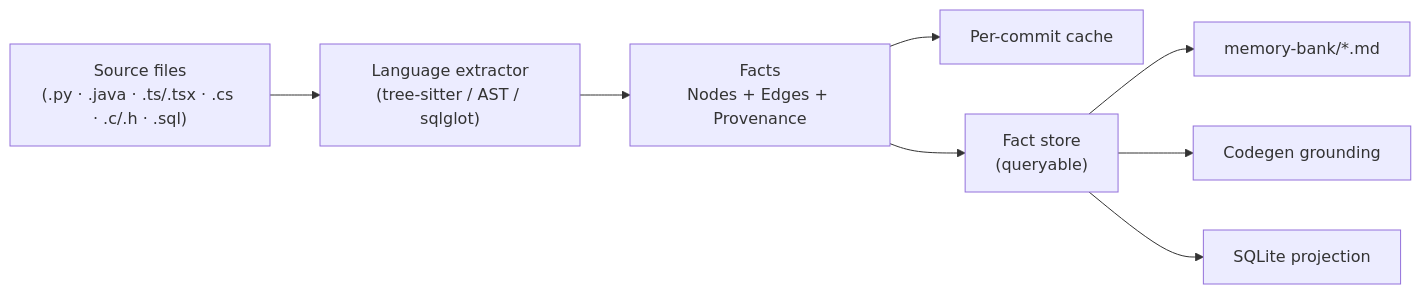
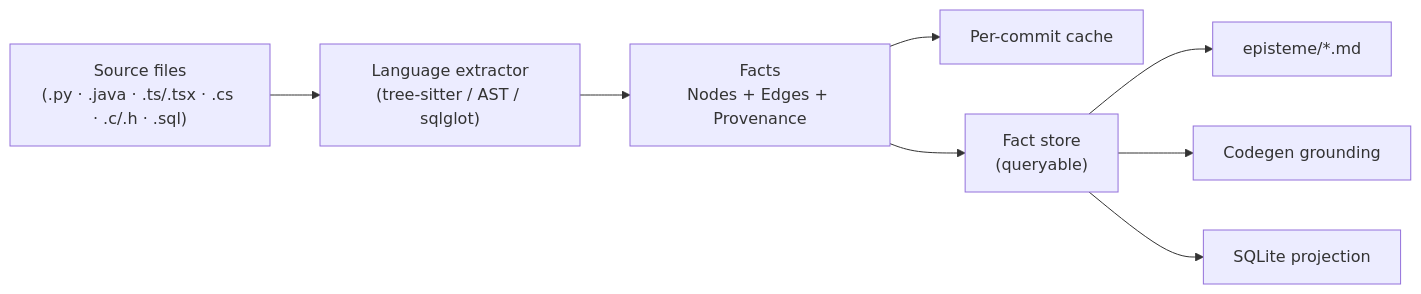
Before and after one commit to synaptixs/spine: the third of 5 diagrams in KNOWLEDGE_GRAPH.md, drawn with Mermaid. The commit also changed other lines of this file and 32 other files, not shown here.

````diff
--- a/KNOWLEDGE_GRAPH.md
+++ b/KNOWLEDGE_GRAPH.md
@@ -117,10 +117,10 @@
 ```mermaid
 flowchart LR
     src["Source files<br/>(.py · .java · .ts/.tsx · .cs · .c/.h · .sql)"] --> ext["Language extractor<br/>(tree-sitter / AST / sqlglot)"]
     ext --> facts["Facts<br/>Nodes + Edges + Provenance"]
     facts --> cache["Per-commit cache"]
     facts --> store["Fact store<br/>(queryable)"]
-    store --> mb["memory-bank/*.md"]
+    store --> mb["episteme/*.md"]
     store --> grd["Codegen grounding"]
     store --> db["SQLite projection"]
 ```
````
